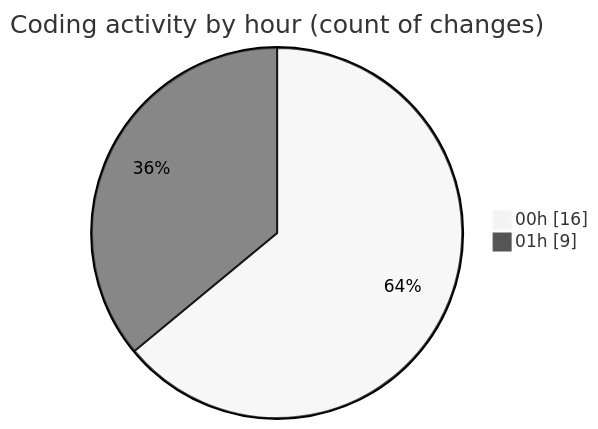
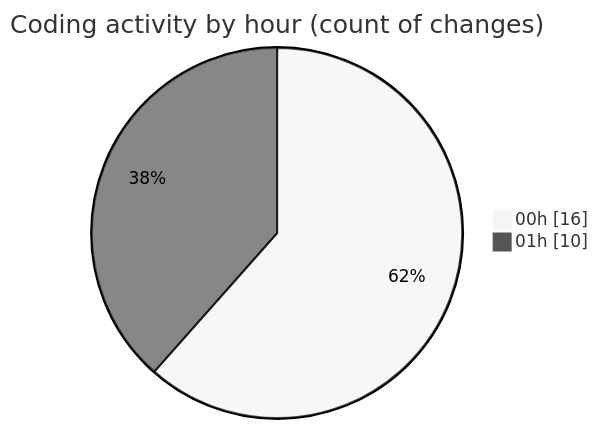
The second of 2 diagrams in 2025-11-01/weather_insights_app/README.md (donsfak/code-tracking), drawn with Mermaid (neutral theme) before and after one commit. The commit also changed other lines of this file and 1 other file, not shown here.

````diff
--- a/2025-11-01/weather_insights_app/README.md
+++ b/2025-11-01/weather_insights_app/README.md
@@ -38,6 +38,6 @@
 ```mermaid
 pie showData
 title Coding activity by hour (count of changes)
 "00h" : 16
-"01h" : 9
+"01h" : 10
 ```
````
